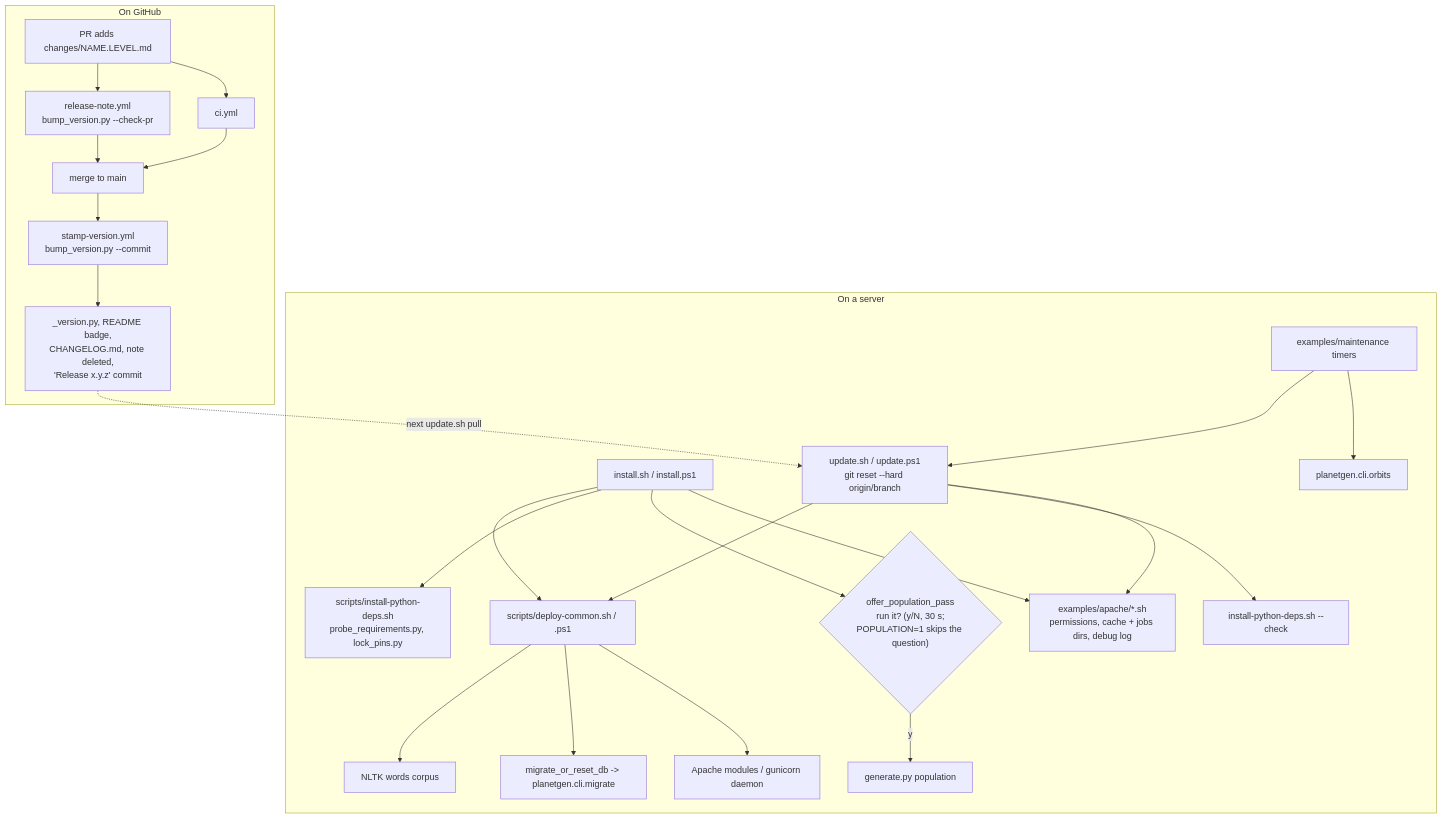
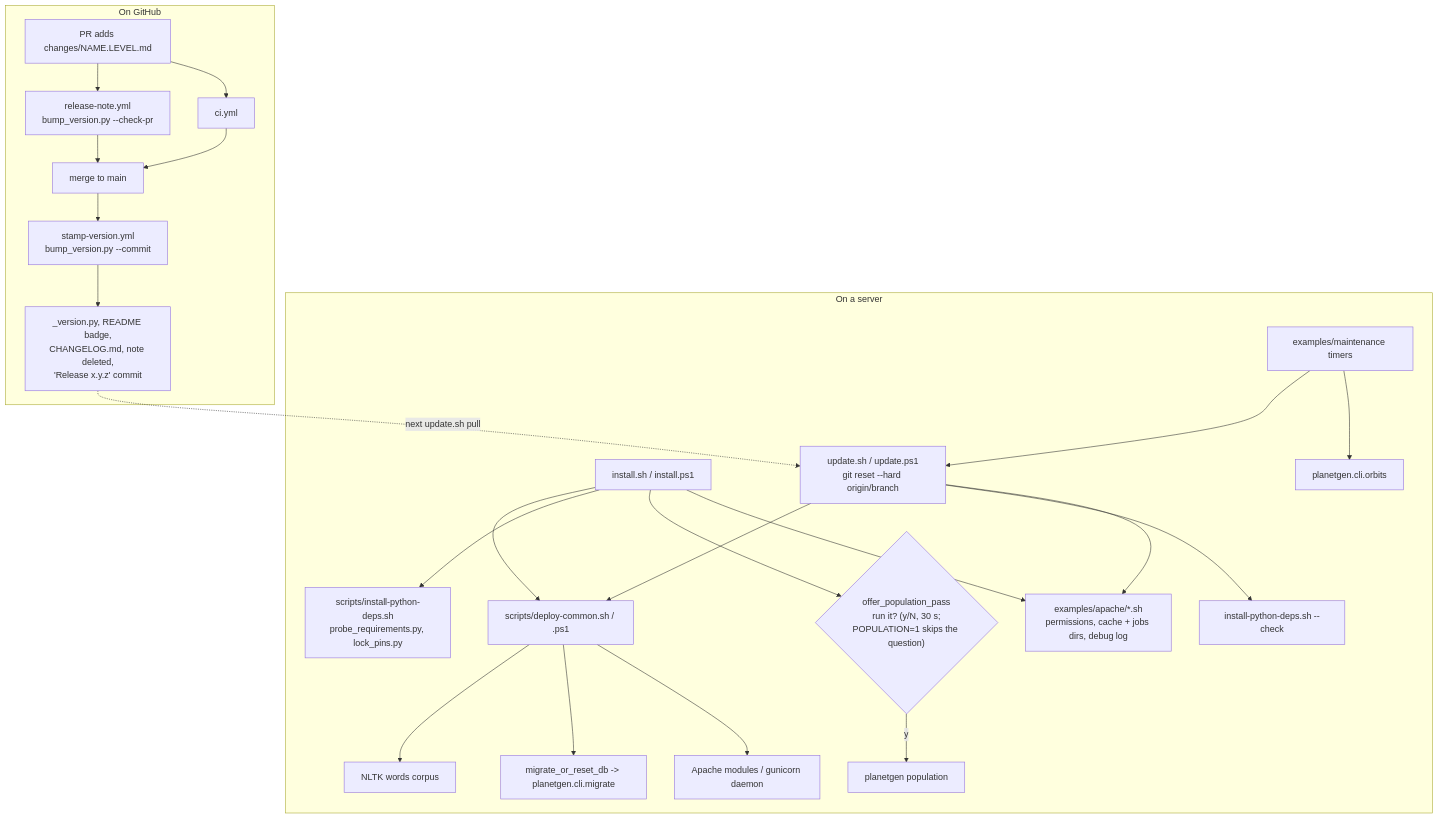
The eighth of 8 diagrams in docs/design/architecture.md (dwhagar/planetGen), drawn with Mermaid before and after one commit. The commit also changed other lines of this file and 127 other files, not shown here.

First line of the commit message:
Split generate.py into planetgen.generation.run_* and planetgen.cli.generate (OPS.24 step 14a) (#472)

````diff
--- a/docs/design/architecture.md
+++ b/docs/design/architecture.md
@@ -722,27 +722,27 @@
 ```mermaid
 flowchart TD
     subgraph Server["On a server"]
         I["install.sh / install.ps1"] --> DC["scripts/deploy-common.sh / .ps1"]
         U["update.sh / update.ps1<br/>git reset --hard origin/branch"] --> DC
         I --> PD["scripts/install-python-deps.sh<br/>probe_requirements.py, lock_pins.py"]
         U --> PDC["install-python-deps.sh --check"]
         DC --> NL["NLTK words corpus"]
         DC --> MR["migrate_or_reset_db -> planetgen.cli.migrate"]
         I --> POP{"offer_population_pass<br/>run it? (y/N, 30 s;<br/>POPULATION=1 skips the question)"}
-        POP -->|"y"| GP["generate.py population"]
+        POP -->|"y"| GP["planetgen population"]
         DC --> WS["Apache modules / gunicorn daemon"]
         I --> EX["examples/apache/*.sh<br/>permissions, cache + jobs dirs, debug log"]
         U --> EX
         T["examples/maintenance timers"] --> U
         T --> UO["planetgen.cli.orbits"]
     end
     subgraph Release["On GitHub"]
         PR["PR adds changes/NAME.LEVEL.md"] --> RN["release-note.yml<br/>bump_version.py --check-pr"]
         PR --> CI["ci.yml"]
         RN --> Merge["merge to main"]
         CI --> Merge
         Merge --> SV["stamp-version.yml<br/>bump_version.py --commit"]
         SV --> Out["_version.py, README badge,<br/>CHANGELOG.md, note deleted,<br/>'Release x.y.z' commit"]
     end
     Out -. "next update.sh pull" .-> U
 ```
````
